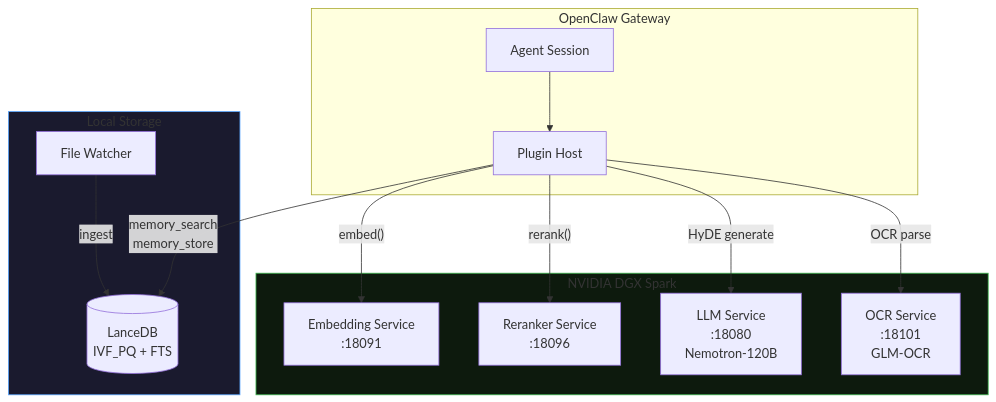
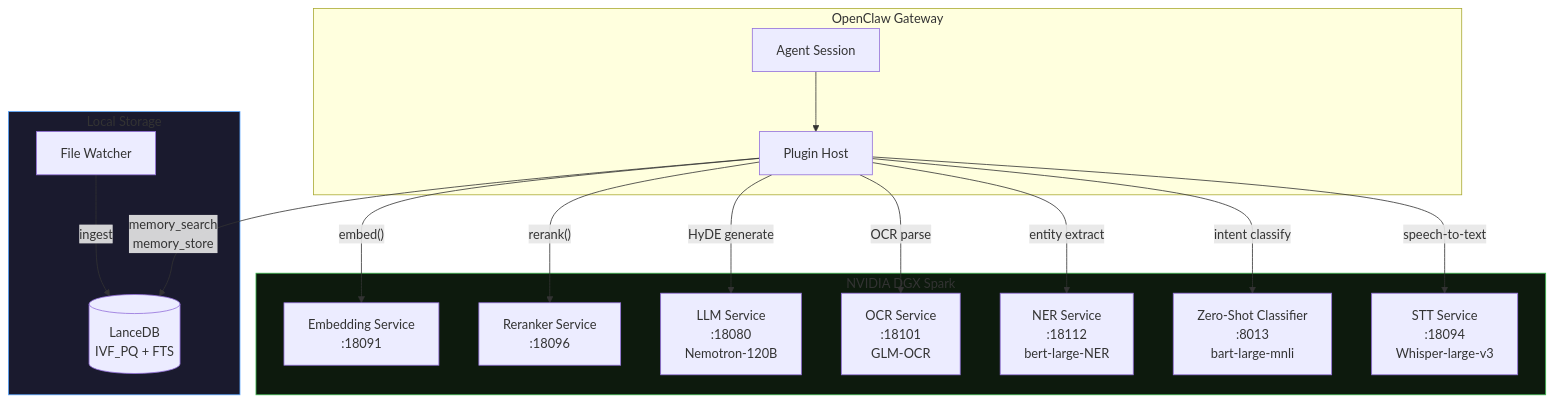
The fourth of 5 diagrams in README.md (kleinpanic/memory-spark), drawn with Mermaid before and after one commit. The commit also changed other lines of this file, not shown here.

First line of the commit message:
fix(readme): add missing NER, Zero-Shot, STT to deployment topology

````diff
--- a/README.md
+++ b/README.md
@@ -252,30 +252,36 @@
 ```mermaid
 graph TB
     subgraph OPENCLAW["OpenClaw Gateway"]
         A[Agent Session]
         B[Plugin Host]
     end
     
     subgraph SPARK["NVIDIA DGX Spark"]
         C[Embedding Service<br/>:18091]
         D[Reranker Service<br/>:18096]
         E[LLM Service<br/>:18080<br/>Nemotron-120B]
         F[OCR Service<br/>:18101<br/>GLM-OCR]
+        G[NER Service<br/>:18112<br/>bert-large-NER]
+        H[Zero-Shot Classifier<br/>:8013<br/>bart-large-mnli]
+        I[STT Service<br/>:18094<br/>Whisper-large-v3]
     end
     
     subgraph STORAGE["Local Storage"]
-        G[(LanceDB<br/>IVF_PQ + FTS)]
-        H[File Watcher]
+        J[(LanceDB<br/>IVF_PQ + FTS)]
+        K[File Watcher]
     end
     
     A --> B
-    B -->|"memory_search<br/>memory_store"| G
+    B -->|"memory_search<br/>memory_store"| J
     B -->|"embed()"| C
     B -->|"rerank()"| D
     B -->|"HyDE generate"| E
     B -->|"OCR parse"| F
-    H -->|"ingest"| G
+    B -->|"entity extract"| G
+    B -->|"intent classify"| H
+    B -->|"speech-to-text"| I
+    K -->|"ingest"| J
     
     style SPARK fill:#0d1a0d,stroke:#3fb950
     style STORAGE fill:#1a1a2e,stroke:#58a6ff
 ```
````
